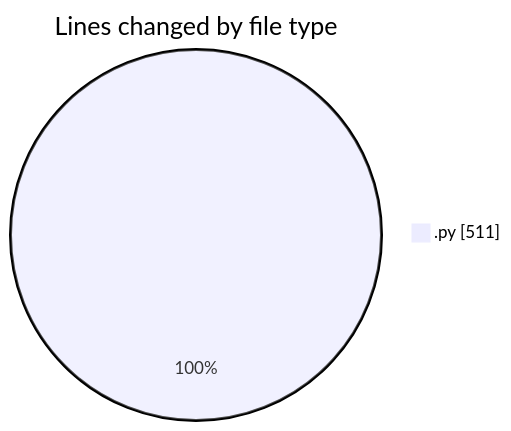
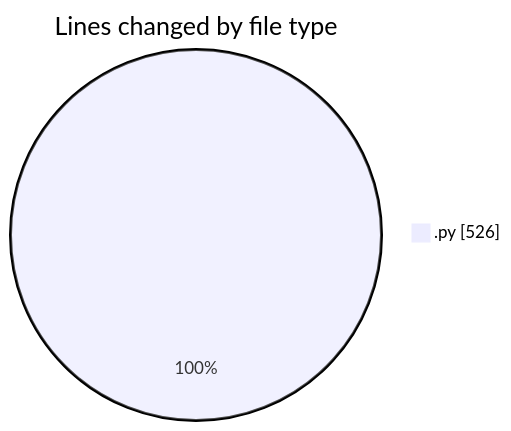
The first of 2 diagrams in 2025-05-02/myws__workspace_/README.md (MatusMokan/code-tracking), drawn with Mermaid before and after one commit. The commit also changed other lines of this file and 1 other file, not shown here.

````diff
--- a/2025-05-02/myws__workspace_/README.md
+++ b/2025-05-02/myws__workspace_/README.md
@@ -21,5 +21,5 @@
 ```mermaid
 pie showData
 title Lines changed by file type
-".py" : 511
+".py" : 526
 ```
````
